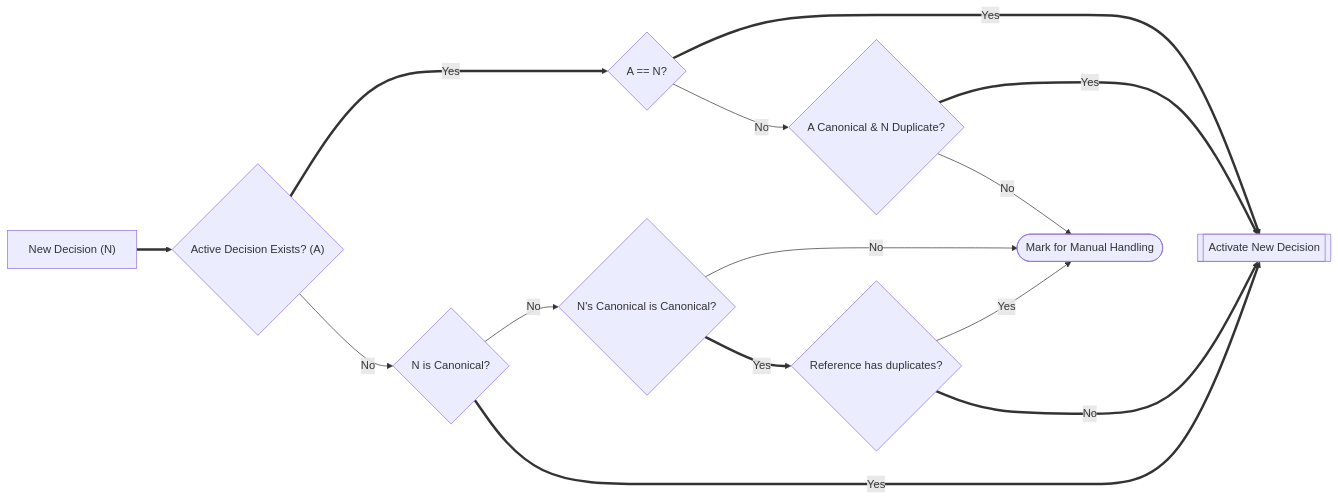
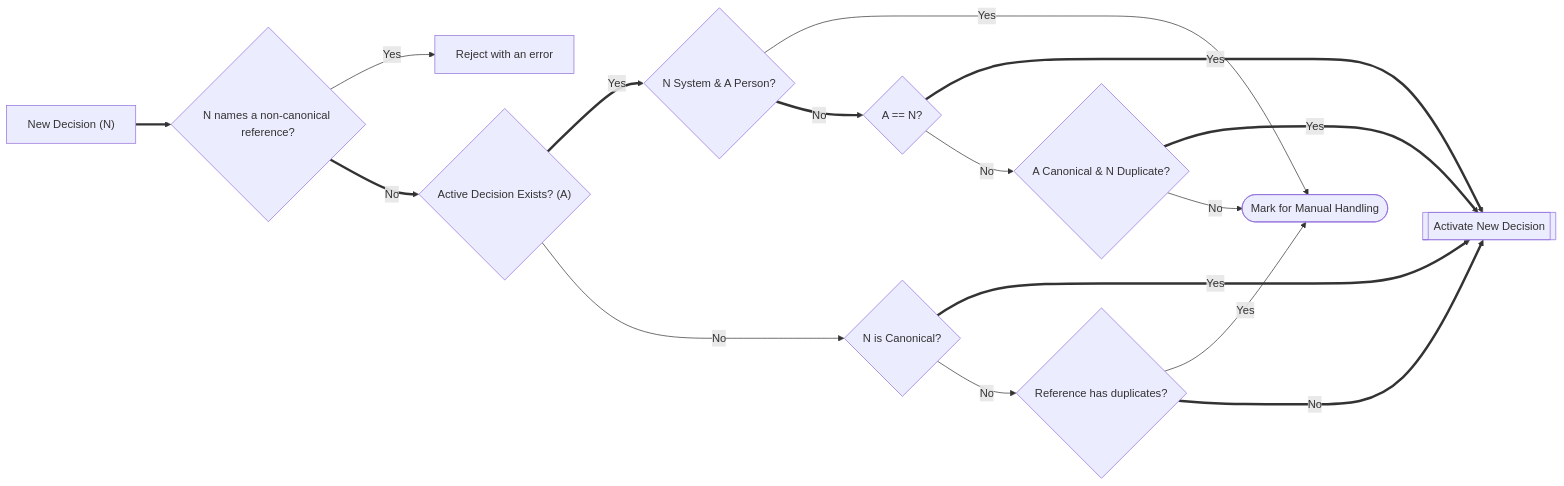
The sixth of 6 diagrams in docs/procedures/deduplication.rst (destiny-evidence/destiny-repository), drawn with Mermaid before and after one commit. The commit also changed other lines of this file and 15 other files, not shown here.

```diff
--- a/docs/procedures/deduplication.rst
+++ b/docs/procedures/deduplication.rst
@@ -200,28 +233,32 @@
 .. mermaid::
 
     flowchart LR
 
         N["New Decision (N)"]
+        C0{"N names a non-canonical reference?"}
         C1{"Active Decision Exists? (A)"}
+        CA{"N System & A Person?"}
         C2{A == N?}
         C3{A Canonical & N Duplicate?}
         C4{N is Canonical?}
-        C5{N's Canonical is Canonical?}
         C6{Reference has duplicates?}
         T[[Activate New Decision]]
         M([Mark for Manual Handling])
+        E["Reject with an error"]
 
-        N ==> C1
-        C1 ==>|Yes| C2
+        N ==> C0
+        C0 -->|Yes| E
+        C0 ==>|No| C1
+        C1 ==>|Yes| CA
         C1 -->|No| C4
+        CA -->|Yes| M
+        CA ==>|No| C2
         C2 ==>|Yes| T
         C2 -->|No| C3
         C3 ==>|Yes| T
         C3 -->|No| M
-        C4 -->|No| C5
         C4 ==>|Yes| T
-        C5 -->|No| M
-        C5 ==>|Yes| C6
+        C4 -->|No| C6
         C6 -->|Yes| M
         C6 ==>|No| T
         M ~~~ T
```
